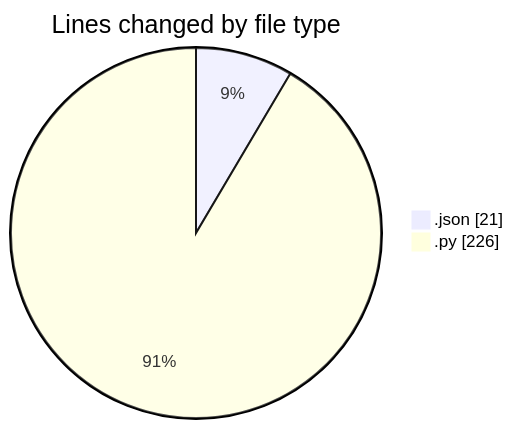
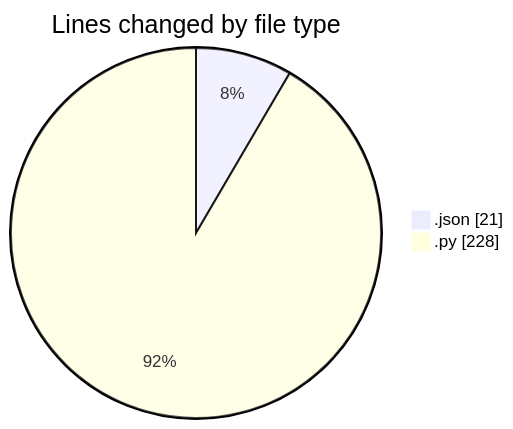
Before and after one commit to MatusMokan/code-tracking: the first of 2 diagrams in 2025-11-14/untitled__workspace_/README.md, drawn with Mermaid. The commit also changed other lines of this file and 1 other file, not shown here.

````diff
--- a/2025-11-14/untitled__workspace_/README.md
+++ b/2025-11-14/untitled__workspace_/README.md
@@ -21,6 +22,6 @@
 ```mermaid
 pie showData
 title Lines changed by file type
 ".json" : 21
-".py" : 226
+".py" : 228
 ```
````
